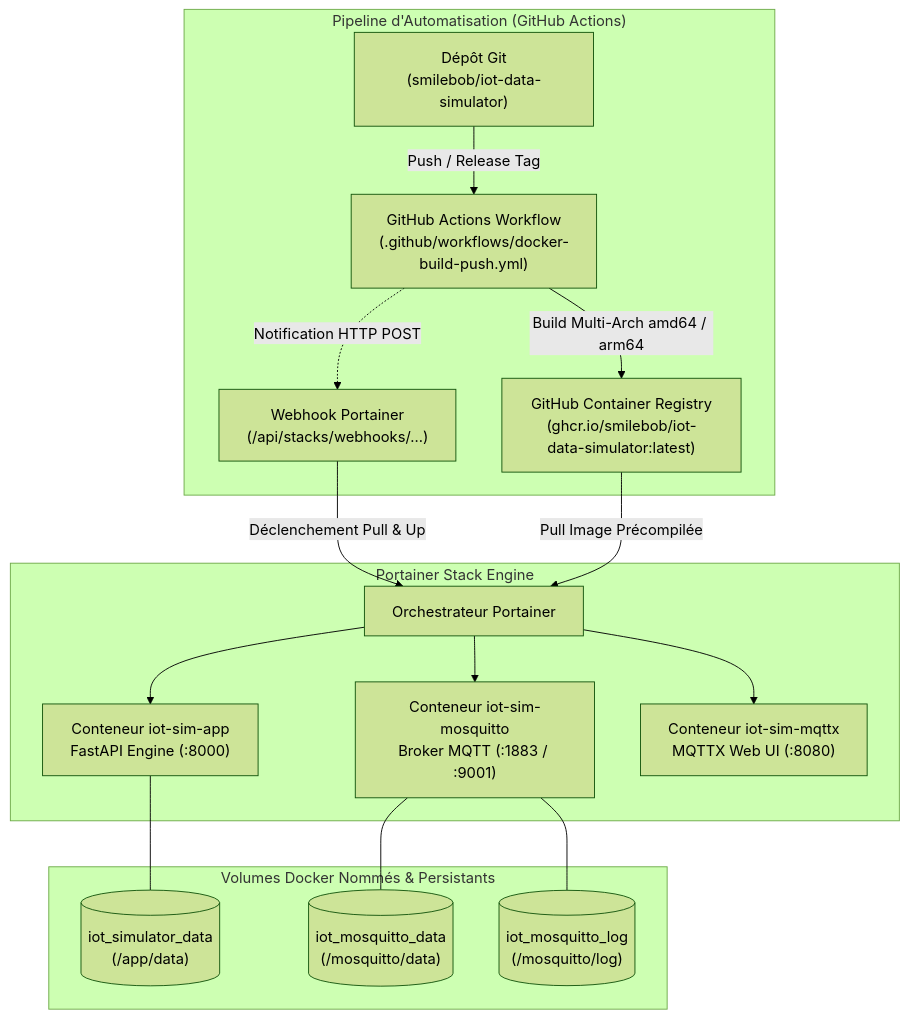
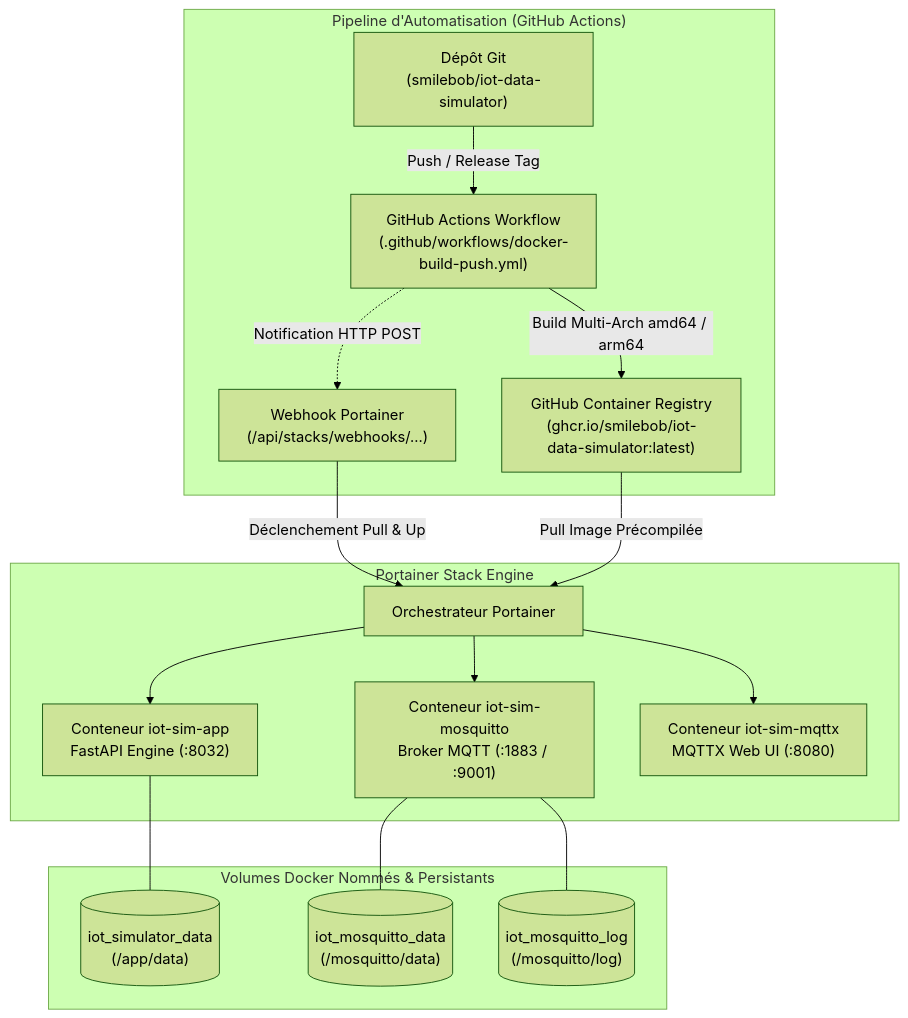
Before and after one commit to smilebob/iot-data-simulator: the diagram in Documentation/devops/portainer_deployment.md, drawn with Mermaid (forest theme). The commit also changed other lines of this file and 7 other files, not shown here.

````diff
--- a/Documentation/devops/portainer_deployment.md
+++ b/Documentation/devops/portainer_deployment.md
@@ -14,22 +14,22 @@
 ```mermaid
 flowchart TD
     subgraph CI["Pipeline d'Automatisation (GitHub Actions)"]
         GIT["Dépôt Git\n(smilebob/iot-data-simulator)"] -->|Push / Release Tag| GHA["GitHub Actions Workflow\n(.github/workflows/docker-build-push.yml)"]
         GHA -->|Build Multi-Arch amd64 / arm64| GHCR["GitHub Container Registry\n(ghcr.io/smilebob/iot-data-simulator:latest)"]
         GHA -.->|Notification HTTP POST| WH["Webhook Portainer\n(/api/stacks/webhooks/...)"]
     end
 
     subgraph Portainer["Portainer Stack Engine"]
         WH -->|Déclenchement Pull & Up| ENGINE["Orchestrateur Portainer"]
         GHCR -->|Pull Image Précompilée| ENGINE
-        ENGINE --> C1["Conteneur iot-sim-app\nFastAPI Engine (:8000)"]
+        ENGINE --> C1["Conteneur iot-sim-app\nFastAPI Engine (:8032)"]
         ENGINE --> C2["Conteneur iot-sim-mosquitto\nBroker MQTT (:1883 / :9001)"]
         ENGINE --> C3["Conteneur iot-sim-mqttx\nMQTTX Web UI (:8080)"]
     end
 
     subgraph Storage["Volumes Docker Nommés & Persistants"]
         C1 --- V1[("iot_simulator_data\n(/app/data)")]
         C2 --- V2[("iot_mosquitto_data\n(/mosquitto/data)")]
         C2 --- V3[("iot_mosquitto_log\n(/mosquitto/log)")]
     end
 ```
````
